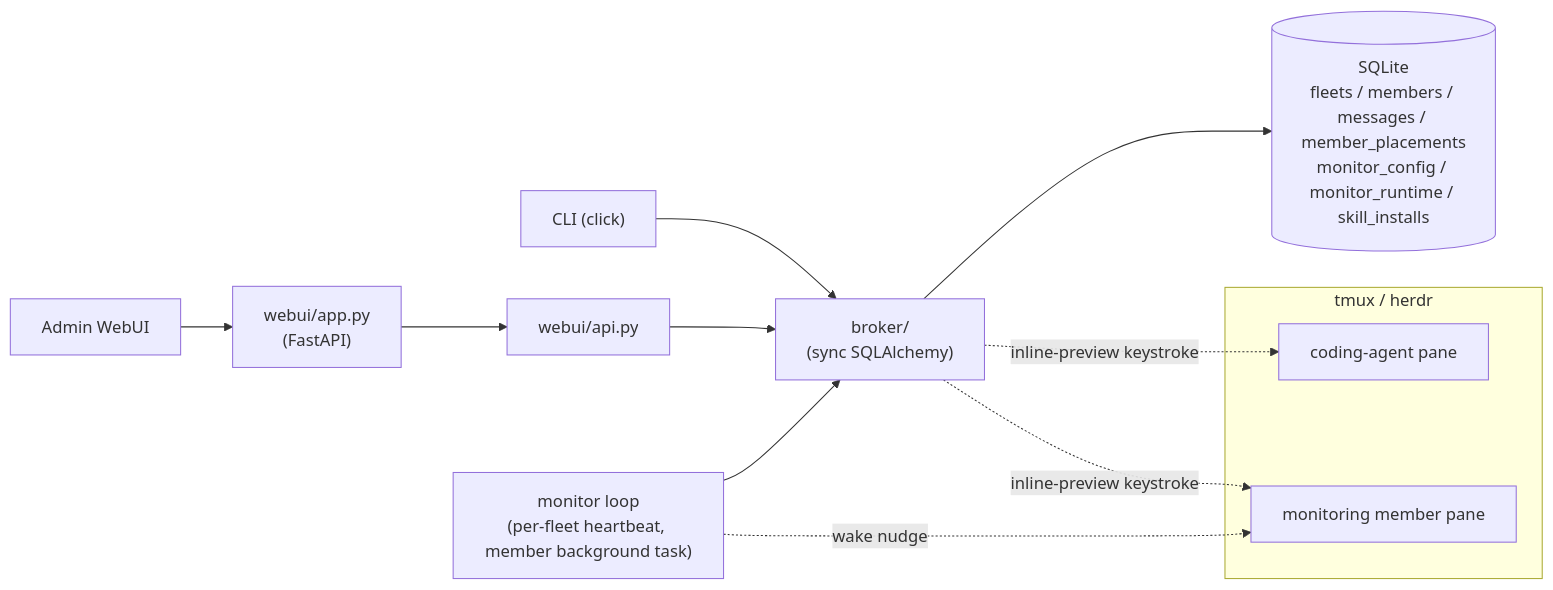
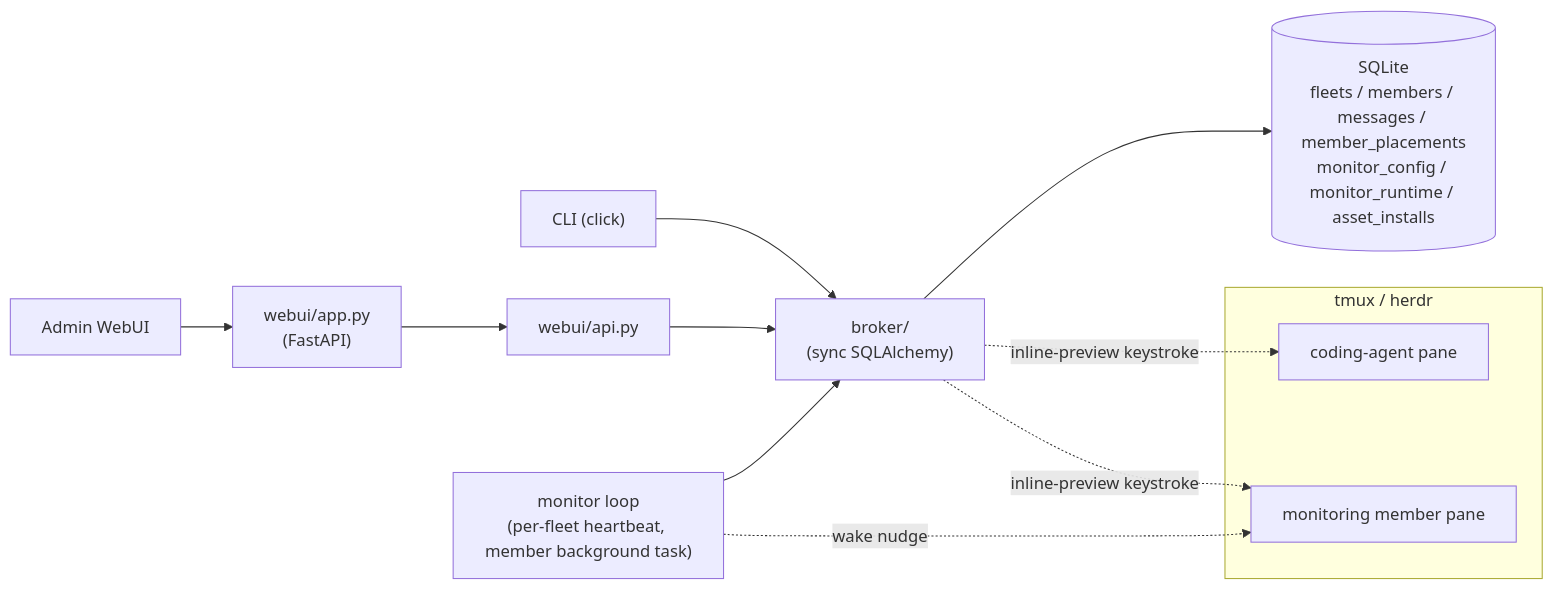
One commit to himkt/cafleet changed the diagram in docs/concepts/overview.md. Above: the diagram before and after it, drawn with Mermaid. The commit also changed 15 other files, not shown here.

````diff
--- a/docs/concepts/overview.md
+++ b/docs/concepts/overview.md
@@ -31,17 +31,17 @@
 ```mermaid
 %%{init: {'theme': 'default', 'themeVariables': {'fontSize': '16px'}}}%%
 flowchart LR
     CLI["CLI (click)"] --> Broker["broker/<br/>(sync SQLAlchemy)"]
     WebUI["Admin WebUI"] --> Server["webui/app.py<br/>(FastAPI)"]
     Server --> WebUIAPI["webui/api.py"]
     WebUIAPI --> Broker
     Monitor["monitor loop<br/>(per-fleet heartbeat, member background task)"] --> Broker
-    Broker --> DB[(SQLite<br/>fleets / members / messages / member_placements<br/>monitor_config / monitor_runtime / skill_installs)]
+    Broker --> DB[(SQLite<br/>fleets / members / messages / member_placements<br/>monitor_config / monitor_runtime / asset_installs)]
     subgraph Multiplexer["tmux / herdr"]
         PaneA["coding-agent pane"]
         PaneB["monitoring member pane"]
     end
     Broker -. inline-preview keystroke .-> PaneA
     Broker -. inline-preview keystroke .-> PaneB
     Monitor -. wake nudge .-> PaneB
 ```
````
